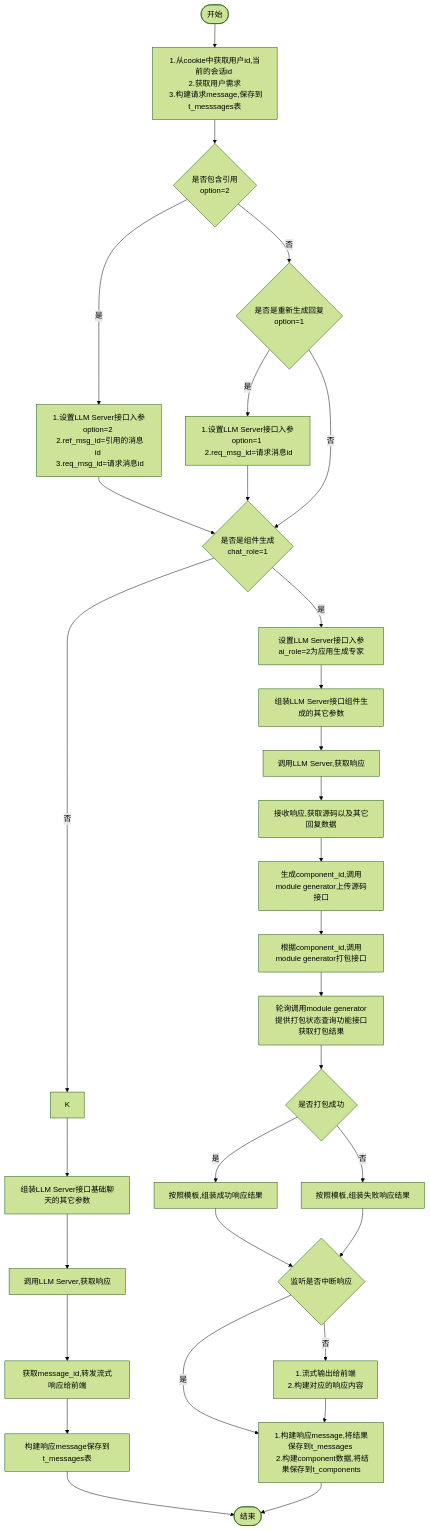
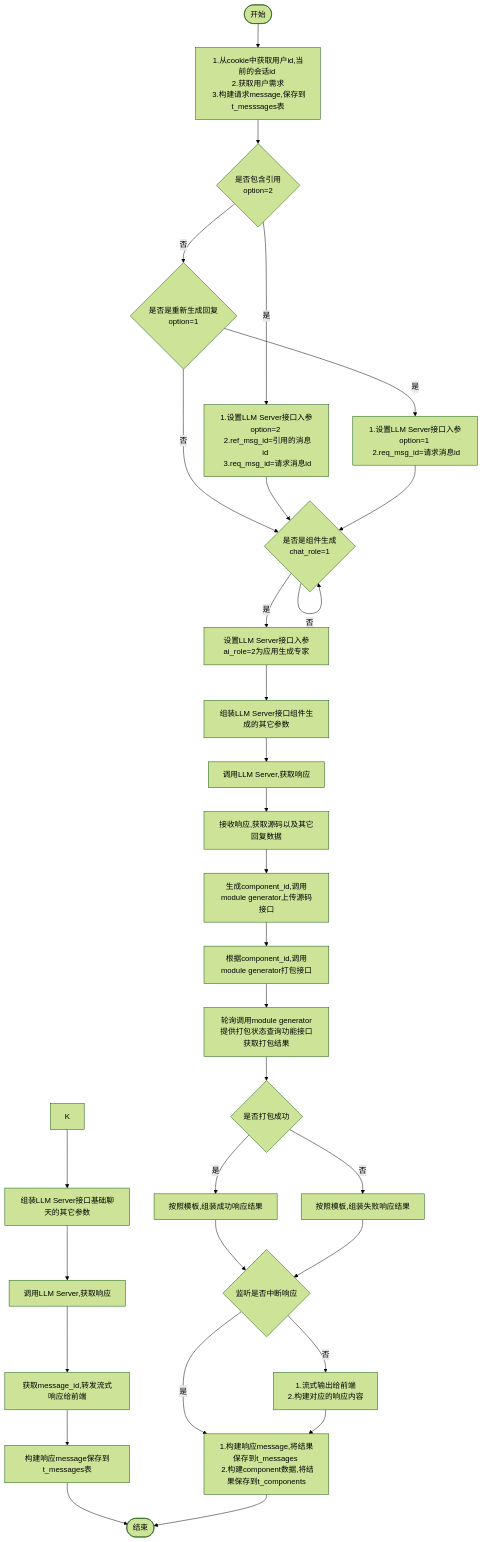
Before and after one commit to yingjianzh/iodraw-files: the diagram in all/未命名-8.md, drawn with Mermaid (forest theme).

Commit message:
2024-10-16 09:15:56 update

````diff
--- a/all/未命名-8.md
+++ b/all/未命名-8.md
@@ -1,37 +1,37 @@
 ```mermaid
 flowchart TD
     A([开始]) --> B[1.从cookie中获取用户id,当前的会话id \n 2.获取用户需求 \n 3.构建请求message,保存到t_messsages表]
     B--> D{是否包含引用 \n option=2}
     D -- 是 --> E[1.设置LLM Server接口入参option=2 \n 2.ref_msg_id=引用的消息id \n 3.req_msg_id=请求消息id]
     D -- 否 --> F{是否是重新生成回复\n option=1}
     F -- 是 --> G[1.设置LLM Server接口入参option=1 \n 2.req_msg_id=请求消息id]
     F -- 否 --> I
      
     E & G --> I{是否是组件生成 \n chat_role=1}
-    I -- 否 --> K
+    I -- 否 --> 
     I -- 是 --> J[设置LLM Server接口入参ai_role=2为应用生成专家]
     
 
     J --> L[组装LLM Server接口组件生成的其它参数]    
     K --> M[组装LLM Server接口基础聊天的其它参数]    
     M --> N[调用LLM Server,获取响应]    
     N --> O[获取message_id,转发流式响应给前端]
     O --> P[构建响应message保存到t_messages表]
     P --> R([结束])
 
 
     L --> S[调用LLM Server,获取响应]
     S --> T[接收响应,获取源码以及其它回复数据]
     T --> U[生成component_id,调用module generator上传源码接口]
     U --> V[根据component_id,调用module generator打包接口]
     V --> W[轮询调用module generator提供打包状态查询功能接口获取打包结果]
     W --> X{是否打包成功}
     X -- 是 --> Y[按照模板,组装成功响应结果]
     X -- 否 --> Z[按照模板,组装失败响应结果]
     Y & Z --> Done{监听是否中断响应}
     Done -- 是 --> Result
     Done -- 否 --> OutPut[1.流式输出给前端 \n 2.构建对应的响应内容]
 
     OutPut --> Result[1.构建响应message,将结果保存到t_messages \n 2.构建component数据,将结果保存到t_components]
     Result --> R
 ```
````
